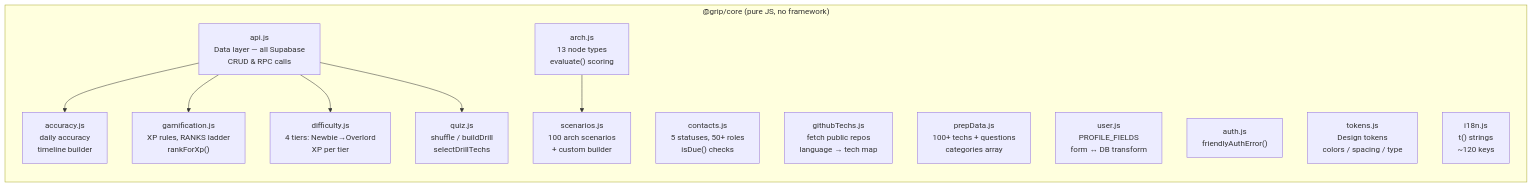
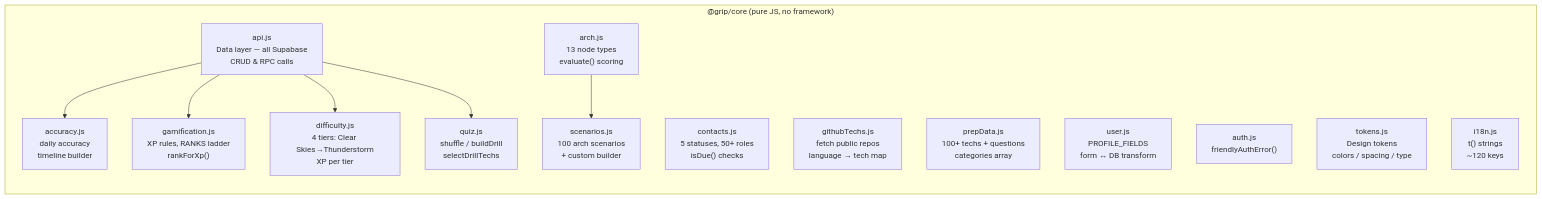
Before and after one commit to Inn-Keeper/grip-apps: the third of 13 diagrams in docs/system-design.md, drawn with Mermaid. The commit also changed 74 other files, not shown here.

````diff
--- a/docs/system-design.md
+++ b/docs/system-design.md
@@ -53,25 +53,25 @@
 ```mermaid
 graph LR
     subgraph CORE ["@grip/core  (pure JS, no framework)"]
         API["api.js\nData layer — all Supabase\nCRUD & RPC calls"]
         QUIZ["quiz.js\nshuffle / buildDrill\nselectDrillTechs"]
-        DIFF["difficulty.js\n4 tiers: Newbie→Overlord\nXP per tier"]
+        DIFF["difficulty.js\n4 tiers: Clear Skies→Thunderstorm\nXP per tier"]
         GAME["gamification.js\nXP rules, RANKS ladder\nrankForXp()"]
         ACC["accuracy.js\ndaily accuracy\ntimeline builder"]
         ARCH["arch.js\n13 node types\nevaluate() scoring"]
         CONTACTS["contacts.js\n5 statuses, 50+ roles\nisDue() checks"]
         GITHUB["githubTechs.js\nfetch public repos\nlanguage → tech map"]
         PREP["prepData.js\n100+ techs + questions\ncategories array"]
         SCENARIOS["scenarios.js\n100 arch scenarios\n+ custom builder"]
         USER["user.js\nPROFILE_FIELDS\nform ↔ DB transform"]
         AUTH["auth.js\nfriendlyAuthError()"]
         TOKENS["tokens.js\nDesign tokens\ncolors / spacing / type"]
         I18N["i18n.js\nt() strings\n~120 keys"]
 
         API --> ACC
         API --> GAME
         API --> DIFF
         API --> QUIZ
         ARCH --> SCENARIOS
     end
 ```
````
